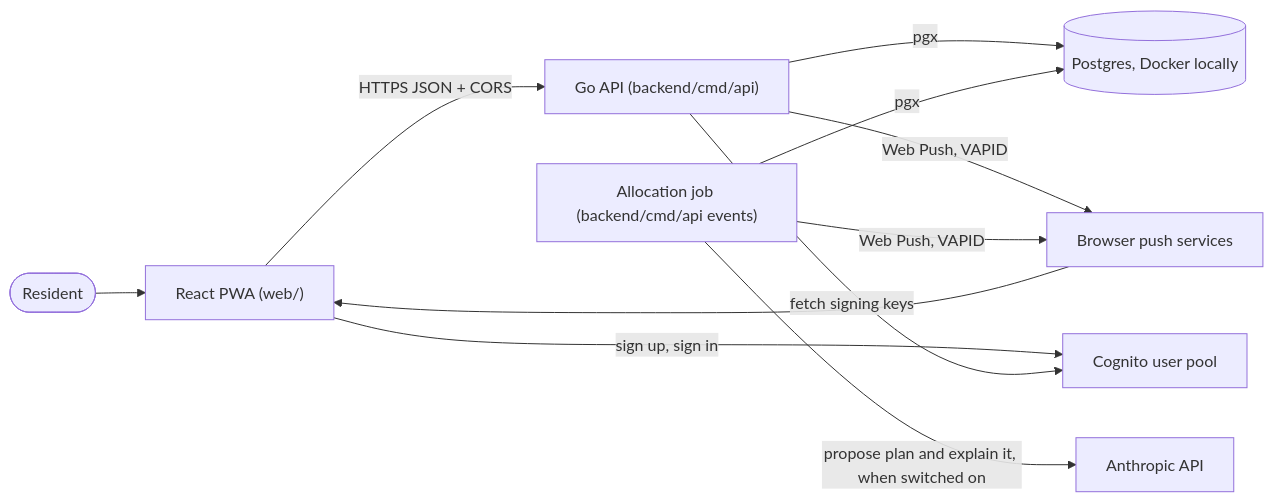
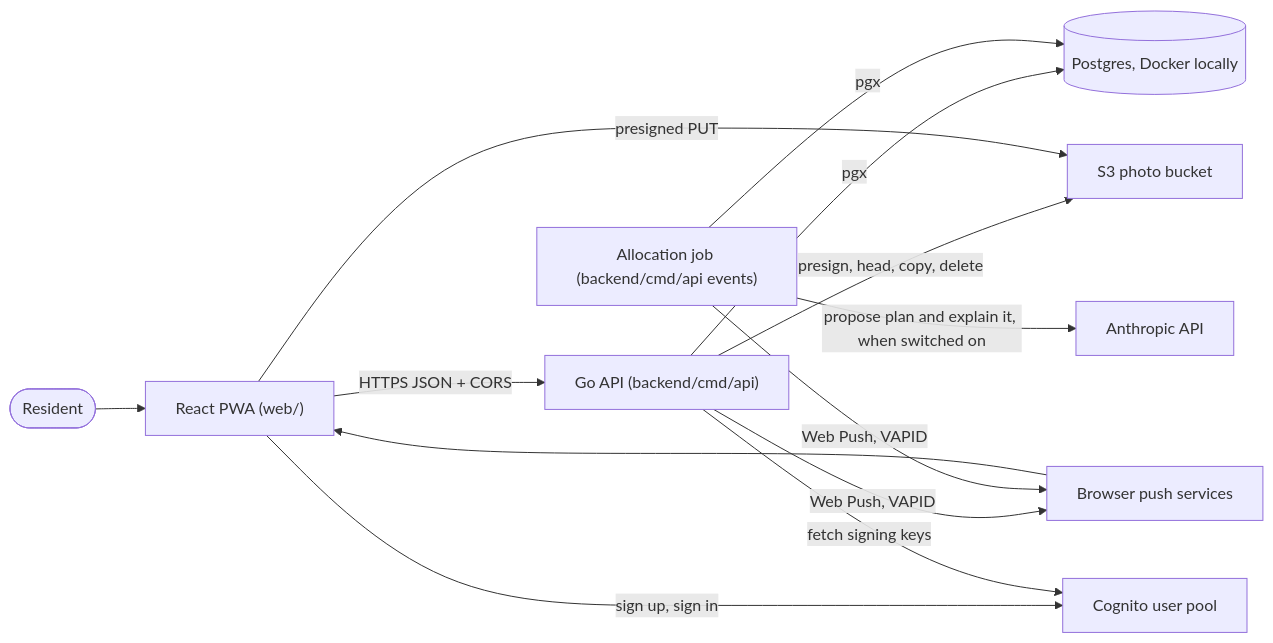
Before and after one commit to AbnerWillclefy/Homeowner: the second of 2 diagrams in docs/architecture/system-context.md, drawn with Mermaid. The commit also changed other lines of this file and 1 other file, not shown here.

Commit message:
docs(architecture): describe the photo routes, adapter and settings

````diff
--- a/docs/architecture/system-context.md
+++ b/docs/architecture/system-context.md
@@ -30,22 +32,25 @@
 ```mermaid
 flowchart LR
     R([Resident])
     PWA["React PWA (web/)"]
     API["Go API (backend/cmd/api)"]
     DB[("Postgres, Docker locally")]
     ALLOC["Allocation job (backend/cmd/api events)"]
     COG["Cognito user pool"]
     LLM["Anthropic API"]
     PUSH["Browser push services"]
+    S3["S3 photo bucket"]
 
     R --> PWA
     PWA -->|HTTPS JSON + CORS| API
     API -->|pgx| DB
     API -->|Web Push, VAPID| PUSH
+    API -->|presign, head, copy, delete| S3
+    PWA -->|presigned PUT| S3
     PUSH --> PWA
     PWA -->|sign up, sign in| COG
     API -->|fetch signing keys| COG
     ALLOC -->|pgx| DB
     ALLOC -->|propose plan and explain it, when switched on| LLM
     ALLOC -->|Web Push, VAPID| PUSH
 ```
````
